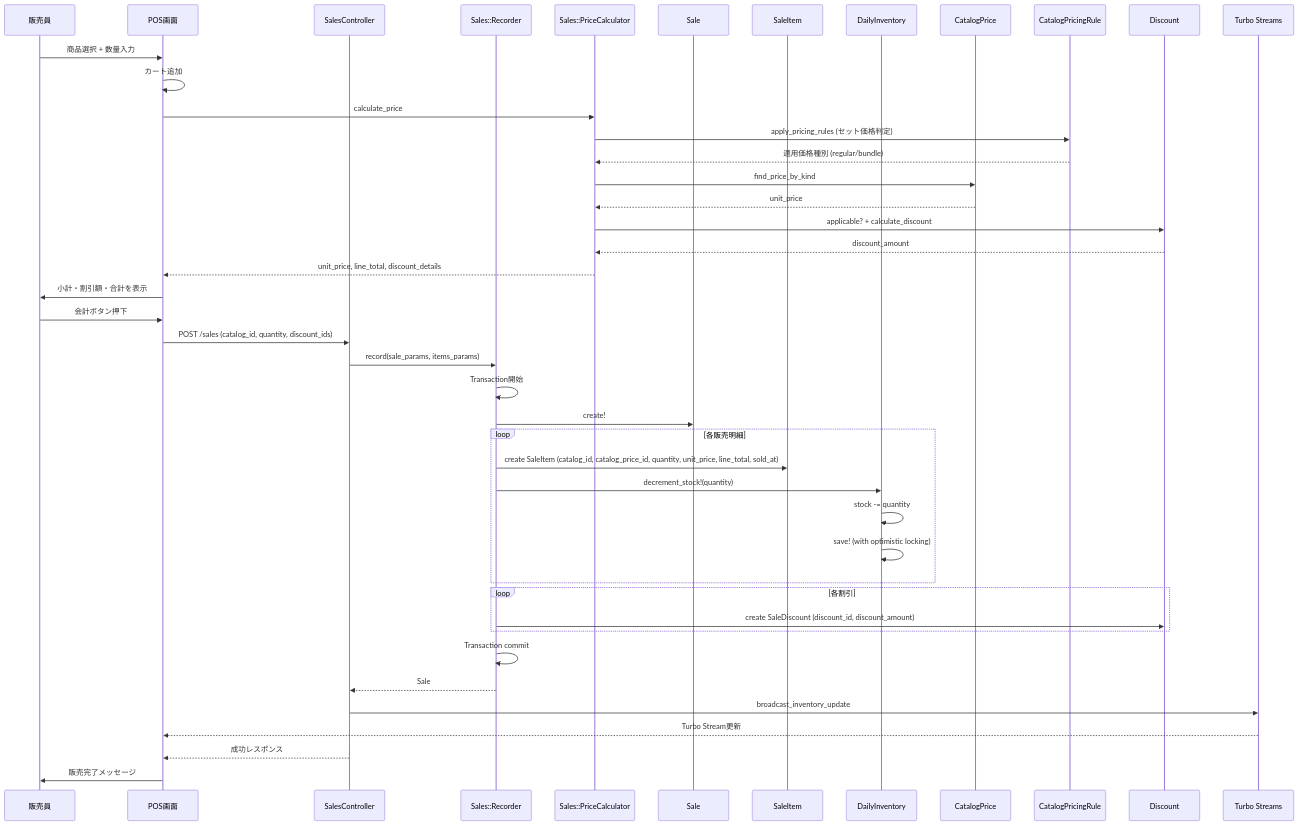
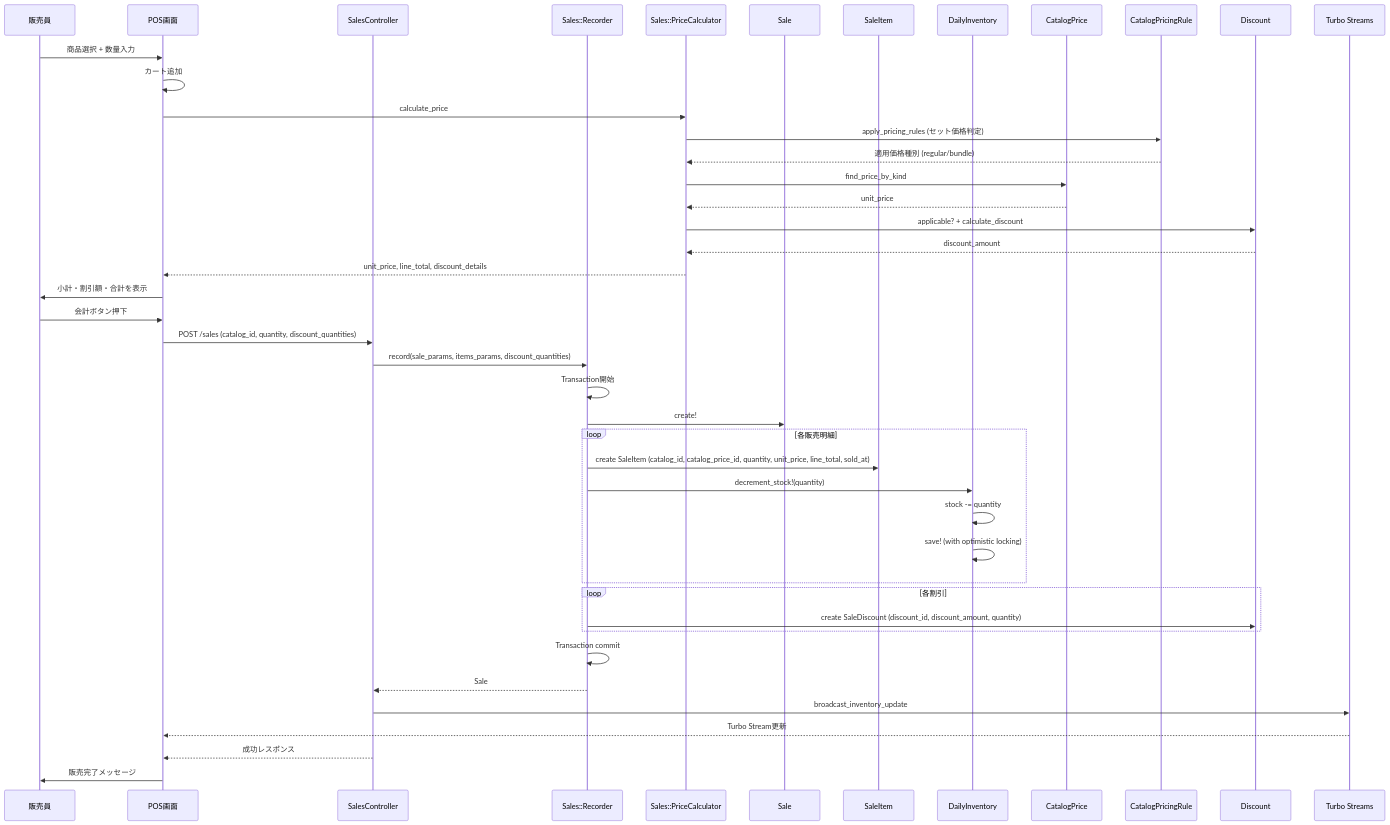
Before and after one commit to kazu-2020/bento-manager: the second of 4 diagrams in docs/specs/sales-tracking-pos/design.md, drawn with Mermaid. The commit also changed other lines of this file, not shown here.

First line of the commit message:
Update design.md to reflect discount_quantities and Coupon simplification

````diff
--- a/docs/specs/sales-tracking-pos/design.md
+++ b/docs/specs/sales-tracking-pos/design.md
@@ -194,47 +194,47 @@
 ```mermaid
 sequenceDiagram
     participant U as 販売員
     participant UI as POS画面
     participant SC as SalesController
     participant SR as Sales::Recorder
     participant PC as Sales::PriceCalculator
     participant S as Sale
     participant SI as SaleItem
     participant DI as DailyInventory
     participant CP as CatalogPrice
     participant CPR as CatalogPricingRule
     participant D as Discount
     participant TS as Turbo Streams
 
     U->>UI: 商品選択 + 数量入力
     UI->>UI: カート追加
     UI->>PC: calculate_price
     PC->>CPR: apply_pricing_rules (セット価格判定)
     CPR-->>PC: 適用価格種別 (regular/bundle)
     PC->>CP: find_price_by_kind
     CP-->>PC: unit_price
     PC->>D: applicable? + calculate_discount
     D-->>PC: discount_amount
     PC-->>UI: unit_price, line_total, discount_details
     UI->>U: 小計・割引額・合計を表示
     U->>UI: 会計ボタン押下
-    UI->>SC: POST /sales (catalog_id, quantity, discount_ids)
-    SC->>SR: record(sale_params, items_params)
+    UI->>SC: POST /sales (catalog_id, quantity, discount_quantities)
+    SC->>SR: record(sale_params, items_params, discount_quantities)
     SR->>SR: Transaction開始
     SR->>S: create!
     loop 各販売明細
         SR->>SI: create SaleItem (catalog_id, catalog_price_id, quantity, unit_price, line_total, sold_at)
         SR->>DI: decrement_stock!(quantity)
         DI->>DI: stock -= quantity
         DI->>DI: save! (with optimistic locking)
     end
     loop 各割引
-        SR->>D: create SaleDiscount (discount_id, discount_amount)
+        SR->>D: create SaleDiscount (discount_id, discount_amount, quantity)
     end
     SR->>SR: Transaction commit
     SR-->>SC: Sale
     SC->>TS: broadcast_inventory_update
     TS-->>UI: Turbo Stream更新
     SC-->>UI: 成功レスポンス
     UI->>U: 販売完了メッセージ
 ```
````
